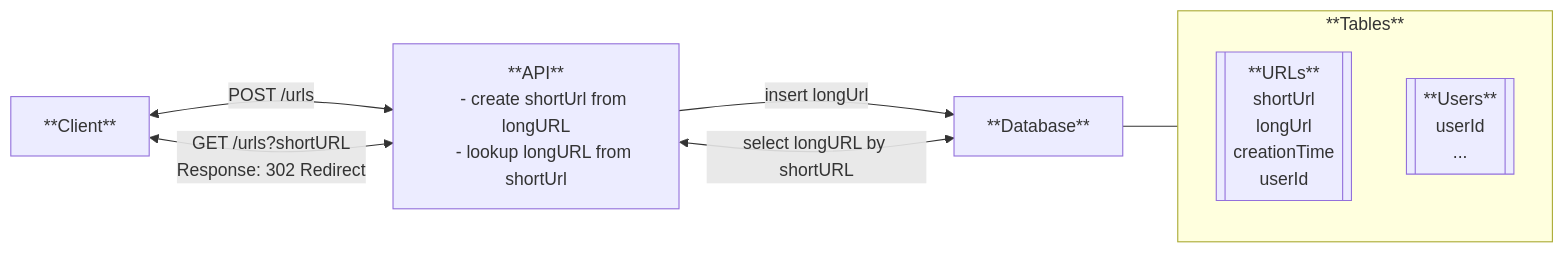
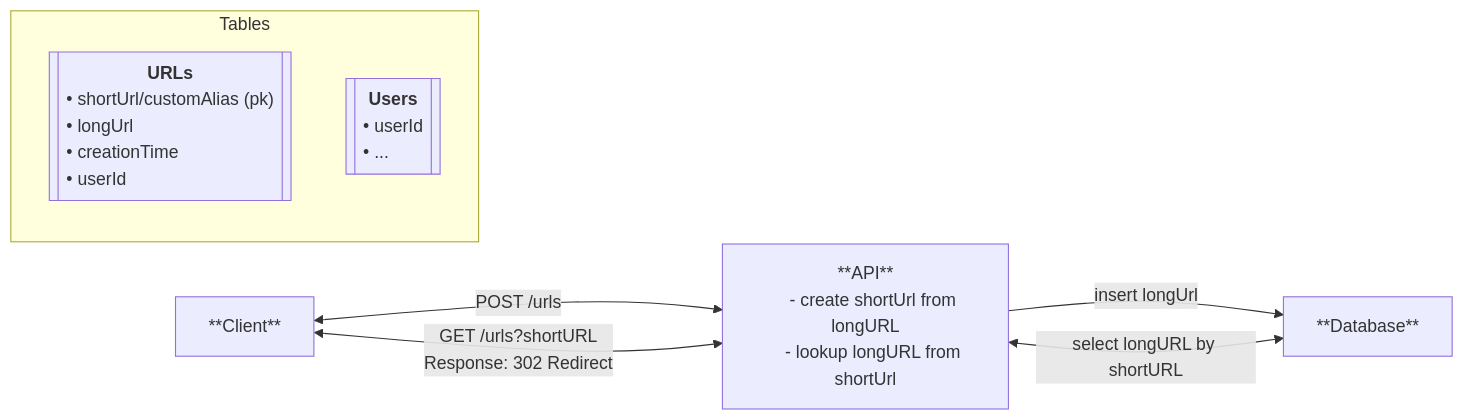
The diagram in SYSTEM_DESIGN.md (zkrakus/url-shortner), drawn with Mermaid before and after one commit. The commit also changed other lines of this file, not shown here.

Commit message:
docs:Started reviewing latency concerns. Will add caching strategy diagrams.

````diff
--- a/SYSTEM_DESIGN.md
+++ b/SYSTEM_DESIGN.md
@@ -64,36 +64,24 @@
 ```mermaid
 flowchart LR
   client[**Client**]
   
   api[
     **API**
     - create shortUrl from longURL
     - lookup longURL from shortUrl
     ]
 
   client <--> |POST /urls| api
   client <--> |GET /urls?shortURL <br/> Response: 302 Redirect| api
 
   db[**Database**]
 
   api --> |insert longUrl| db
   api <--> |select longURL by shortURL| db
 
-  subgraph **Tables**
-    urls[[
-      **URLs**
-      shortUrl
-      longUrl
-      creationTime
-      userId
-      ]]
-    users[[
-      **Users**
-      userId
-      ...
-      ]]
+  subgraph Tables
+    urls[["<b>URLs</b><br/><div style='text-align:left'>• shortUrl/customAlias (pk)<br/>• longUrl<br/>• creationTime<br/>• userId</div>"]]
+    users[["<b>Users</b><br/><div style='text-align:left'>• userId<br/>• ...</div>"]]
   end
 
-  db --- **Tables**
-
 ```
````
